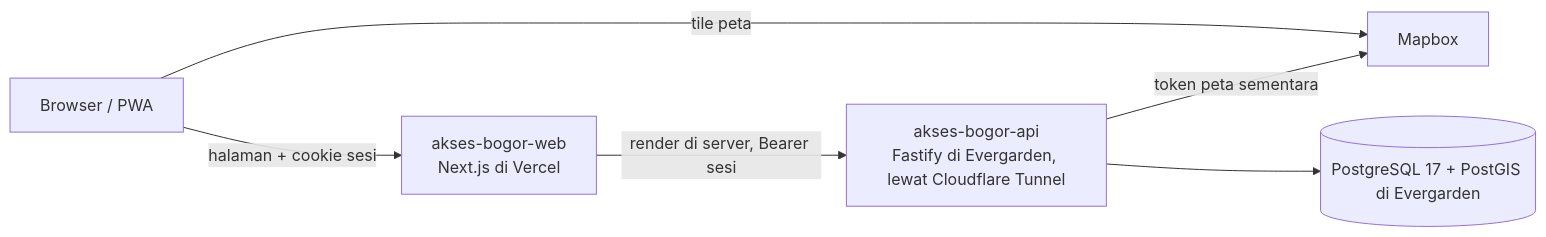
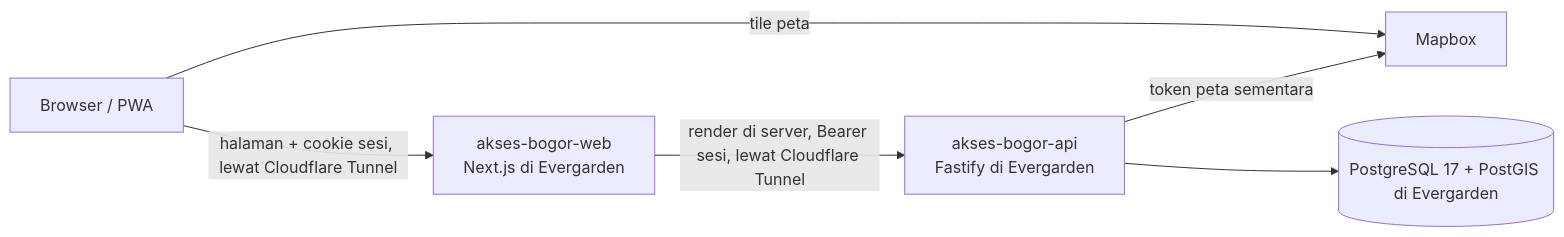
The diagram in docs/arsitektur.md (al-dioooo/akses-bogor-web), drawn with Mermaid before and after one commit. The commit also changed other lines of this file and 8 other files, not shown here.

First line of the commit message:
chore(deploy): deploy the web from release on Evergarden (#138)

````diff
--- a/docs/arsitektur.md
+++ b/docs/arsitektur.md
@@ -5,8 +5,8 @@
 ```mermaid
 flowchart LR
-  B[Browser / PWA] -->|halaman + cookie sesi| W[akses-bogor-web<br/>Next.js di Vercel]
-  W -->|render di server, Bearer sesi| F[akses-bogor-api<br/>Fastify di Evergarden, lewat Cloudflare Tunnel]
+  B[Browser / PWA] -->|halaman + cookie sesi, lewat Cloudflare Tunnel| W[akses-bogor-web<br/>Next.js di Evergarden]
+  W -->|render di server, Bearer sesi, lewat Cloudflare Tunnel| F[akses-bogor-api<br/>Fastify di Evergarden]
   B -->|tile peta| M[Mapbox]
   F -->|token peta sementara| M
   F --> DB[(PostgreSQL 17 + PostGIS di Evergarden)]
 ```
````
